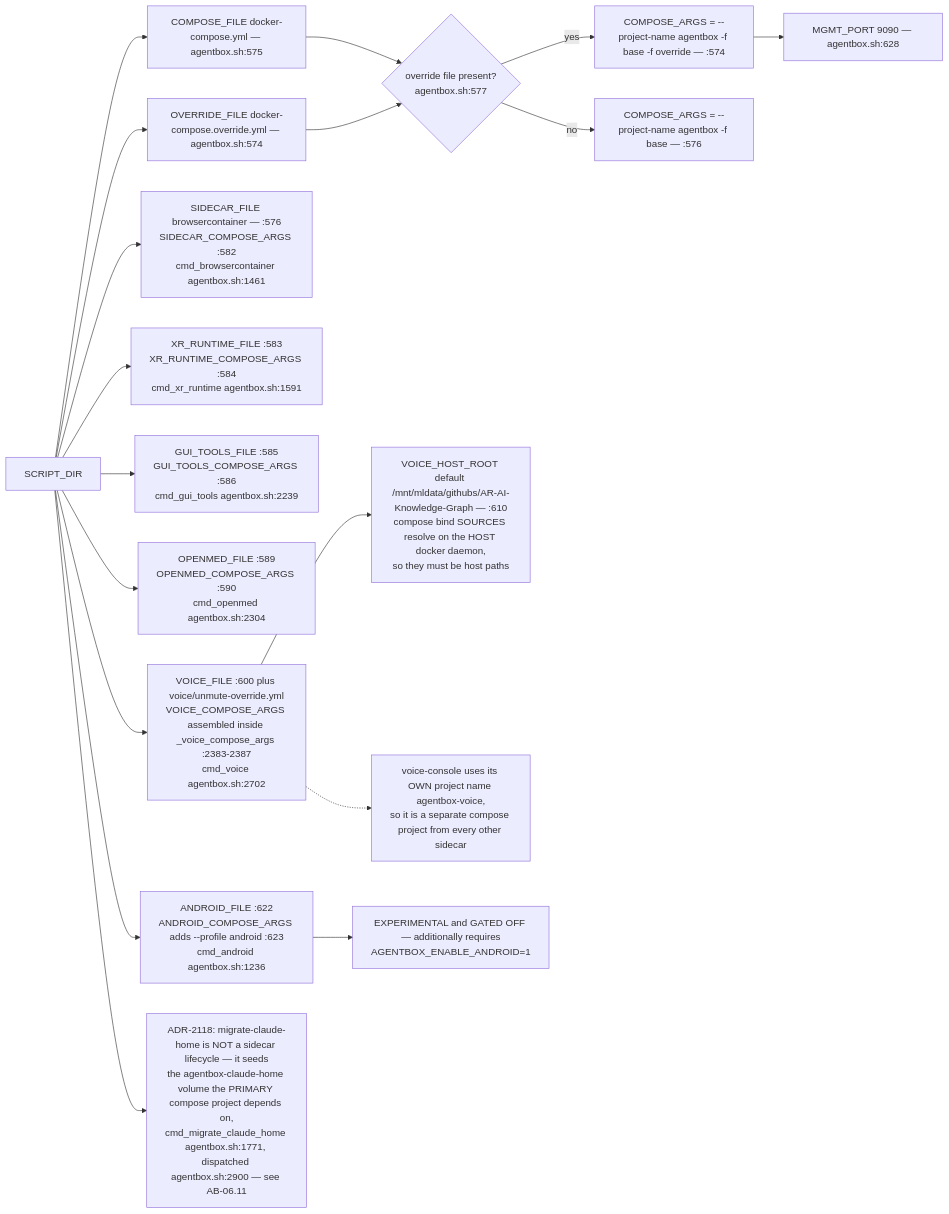
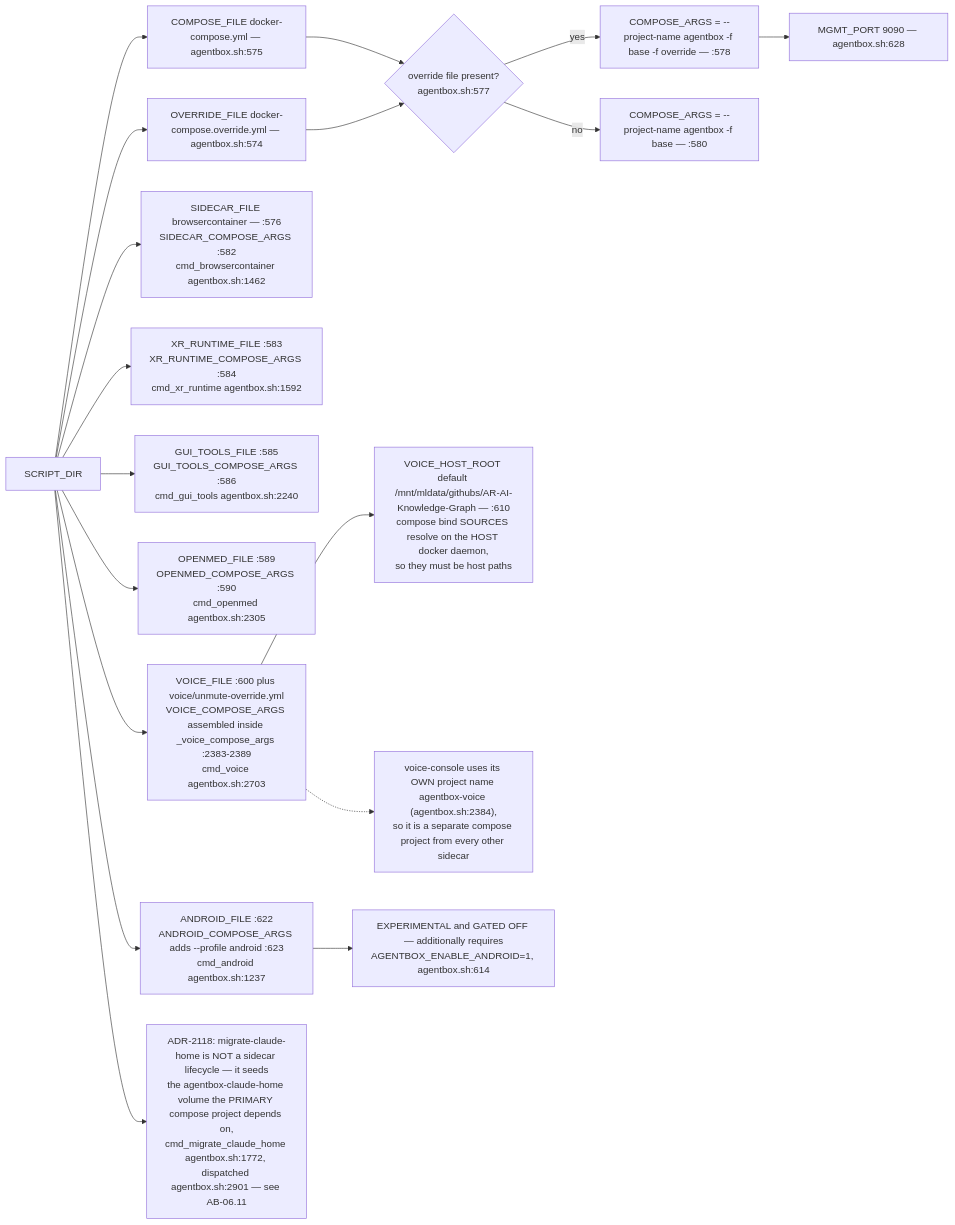
The sixth of 14 diagrams in docs/diagrams/agentbox/06-sidecars-and-compose-overlays.md (DreamLab-AI/VisionFlow), drawn with Mermaid before and after one commit. The commit also changed other lines of this file and 173 other files, not shown here.

````diff
--- a/docs/diagrams/agentbox/06-sidecars-and-compose-overlays.md
+++ b/docs/diagrams/agentbox/06-sidecars-and-compose-overlays.md
@@ -200,20 +200,20 @@
 ```mermaid
 flowchart LR
     SD["SCRIPT_DIR"] --> A1["COMPOSE_FILE docker-compose.yml — agentbox.sh:575"]
     SD --> A2["OVERRIDE_FILE docker-compose.override.yml — agentbox.sh:574"]
     A1 --> CA{"override file present?<br/>agentbox.sh:577"}
     A2 --> CA
-    CA -->|yes| CA1["COMPOSE_ARGS = --project-name agentbox -f base -f override — :574"]
-    CA -->|no| CA2["COMPOSE_ARGS = --project-name agentbox -f base — :576"]
-    SD --> S1["SIDECAR_FILE browsercontainer — :576<br/>SIDECAR_COMPOSE_ARGS :582<br/>cmd_browsercontainer agentbox.sh:1461"]
-    SD --> S2["XR_RUNTIME_FILE :583<br/>XR_RUNTIME_COMPOSE_ARGS :584<br/>cmd_xr_runtime agentbox.sh:1591"]
-    SD --> S3["GUI_TOOLS_FILE :585<br/>GUI_TOOLS_COMPOSE_ARGS :586<br/>cmd_gui_tools agentbox.sh:2239"]
-    SD --> S4["OPENMED_FILE :589<br/>OPENMED_COMPOSE_ARGS :590<br/>cmd_openmed agentbox.sh:2304"]
-    SD --> S5["VOICE_FILE :600 plus voice/unmute-override.yml<br/>VOICE_COMPOSE_ARGS assembled inside _voice_compose_args :2383-2387<br/>cmd_voice agentbox.sh:2702"]
-    SD --> S6["ANDROID_FILE :622<br/>ANDROID_COMPOSE_ARGS adds --profile android :623<br/>cmd_android agentbox.sh:1236"]
+    CA -->|yes| CA1["COMPOSE_ARGS = --project-name agentbox -f base -f override — :578"]
+    CA -->|no| CA2["COMPOSE_ARGS = --project-name agentbox -f base — :580"]
+    SD --> S1["SIDECAR_FILE browsercontainer — :576<br/>SIDECAR_COMPOSE_ARGS :582<br/>cmd_browsercontainer agentbox.sh:1462"]
+    SD --> S2["XR_RUNTIME_FILE :583<br/>XR_RUNTIME_COMPOSE_ARGS :584<br/>cmd_xr_runtime agentbox.sh:1592"]
+    SD --> S3["GUI_TOOLS_FILE :585<br/>GUI_TOOLS_COMPOSE_ARGS :586<br/>cmd_gui_tools agentbox.sh:2240"]
+    SD --> S4["OPENMED_FILE :589<br/>OPENMED_COMPOSE_ARGS :590<br/>cmd_openmed agentbox.sh:2305"]
+    SD --> S5["VOICE_FILE :600 plus voice/unmute-override.yml<br/>VOICE_COMPOSE_ARGS assembled inside _voice_compose_args :2383-2389<br/>cmd_voice agentbox.sh:2703"]
+    SD --> S6["ANDROID_FILE :622<br/>ANDROID_COMPOSE_ARGS adds --profile android :623<br/>cmd_android agentbox.sh:1237"]
     S5 --> VH["VOICE_HOST_ROOT default /mnt/mldata/githubs/AR-AI-Knowledge-Graph — :610<br/>compose bind SOURCES resolve on the HOST docker daemon,<br/>so they must be host paths"]
-    S6 --> AG["EXPERIMENTAL and GATED OFF — additionally requires<br/>AGENTBOX_ENABLE_ANDROID=1"]
+    S6 --> AG["EXPERIMENTAL and GATED OFF — additionally requires<br/>AGENTBOX_ENABLE_ANDROID=1, agentbox.sh:614"]
     CA1 --> MGMT["MGMT_PORT 9090 — agentbox.sh:628"]
-    S5 -.-> VNOTE["voice-console uses its OWN project name agentbox-voice,<br/>so it is a separate compose project from every other sidecar"]
-    SD --> S7["ADR-2118: migrate-claude-home is NOT a sidecar lifecycle — it seeds<br/>the agentbox-claude-home volume the PRIMARY compose project depends on,<br/>cmd_migrate_claude_home agentbox.sh:1771, dispatched agentbox.sh:2900 — see AB-06.11"]
+    S5 -.-> VNOTE["voice-console uses its OWN project name agentbox-voice (agentbox.sh:2384),<br/>so it is a separate compose project from every other sidecar"]
+    SD --> S7["ADR-2118: migrate-claude-home is NOT a sidecar lifecycle — it seeds<br/>the agentbox-claude-home volume the PRIMARY compose project depends on,<br/>cmd_migrate_claude_home agentbox.sh:1772, dispatched agentbox.sh:2901 — see AB-06.11"]
 ```
````
